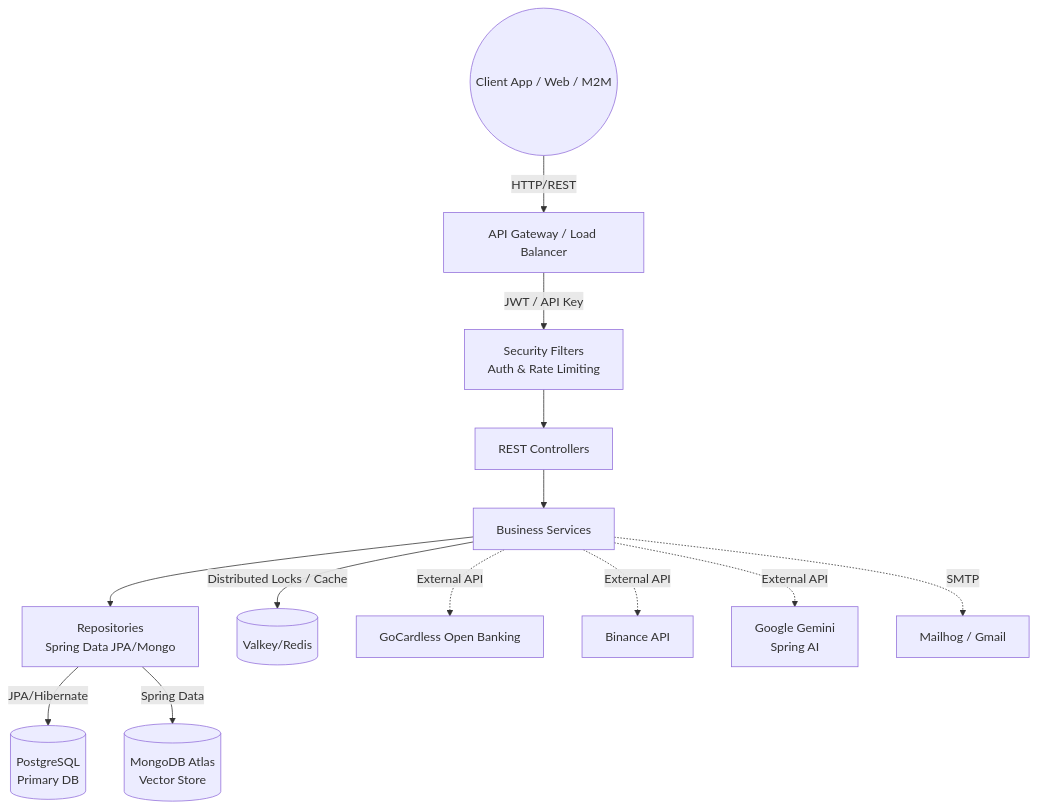
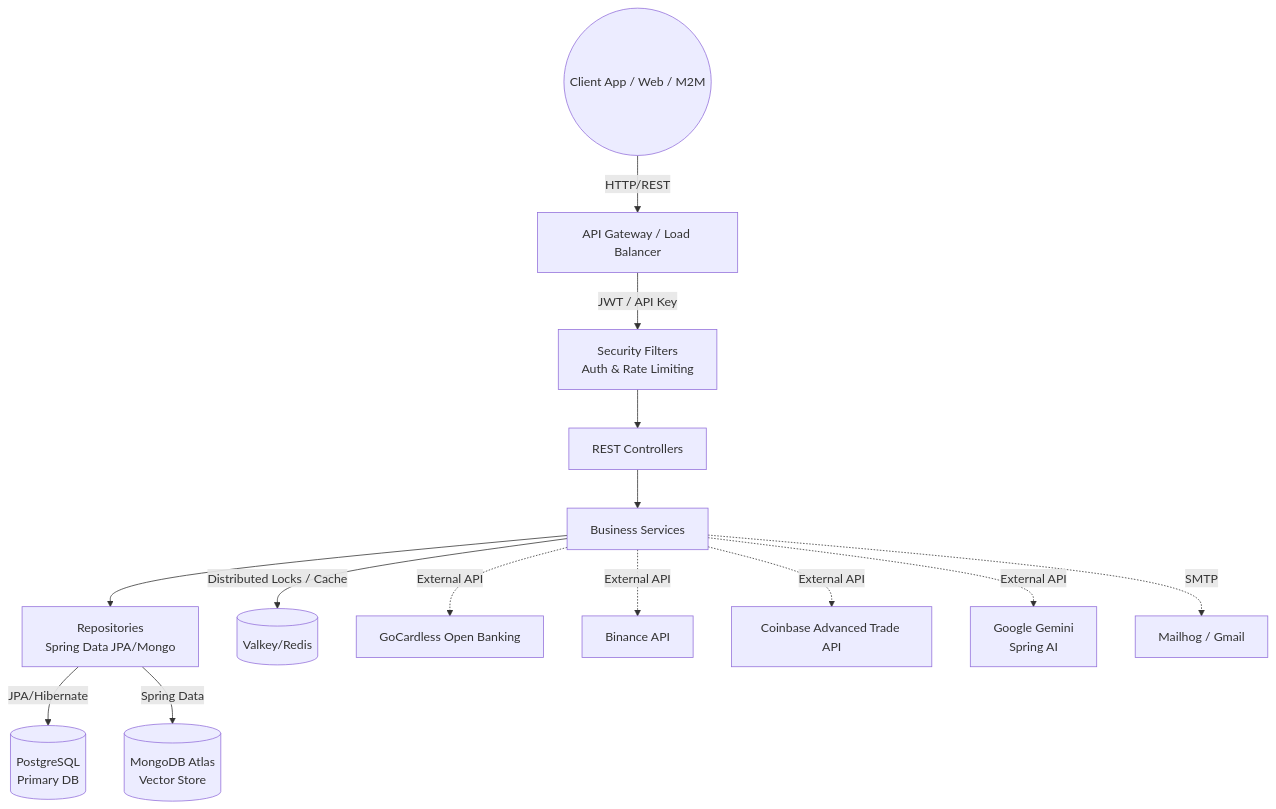
One commit to nico-iaco/nexabudget-be changed the diagram in docs/ARCHITECTURE.md. Above: the diagram before and after it, drawn with Mermaid. The commit also changed other lines of this file and 6 other files, not shown here.

Commit message:
feat: Aggiungi integrazione con Coinbase in diverse sezioni della documentazione e nel codice, inclusi API, architettura, modello dati e configurazione

````diff
--- a/docs/ARCHITECTURE.md
+++ b/docs/ARCHITECTURE.md
@@ -39,20 +40,21 @@
 ```mermaid
 graph TD
     Client((Client App / Web / M2M)) --> |HTTP/REST| API[API Gateway / Load Balancer]
     API --> |JWT / API Key| SecFilter[Security Filters\nAuth & Rate Limiting]
     SecFilter --> Controllers[REST Controllers]
     
     Controllers --> Services[Business Services]
     
     Services --> Repositories[Repositories\nSpring Data JPA/Mongo]
     
     Repositories --> |JPA/Hibernate| PG[(PostgreSQL\nPrimary DB)]
     Repositories --> |Spring Data| Mongo[(MongoDB Atlas\nVector Store)]
     
     Services --> |Distributed Locks / Cache| Redis[(Valkey/Redis)]
     
     Services -.-> |External API| GC[GoCardless Open Banking]
     Services -.-> |External API| Binance[Binance API]
+   Services -.-> |External API| Coinbase[Coinbase Advanced Trade API]
     Services -.-> |External API| Gemini[Google Gemini\nSpring AI]
     Services -.-> |SMTP| Mail[Mailhog / Gmail]
 ```
````
